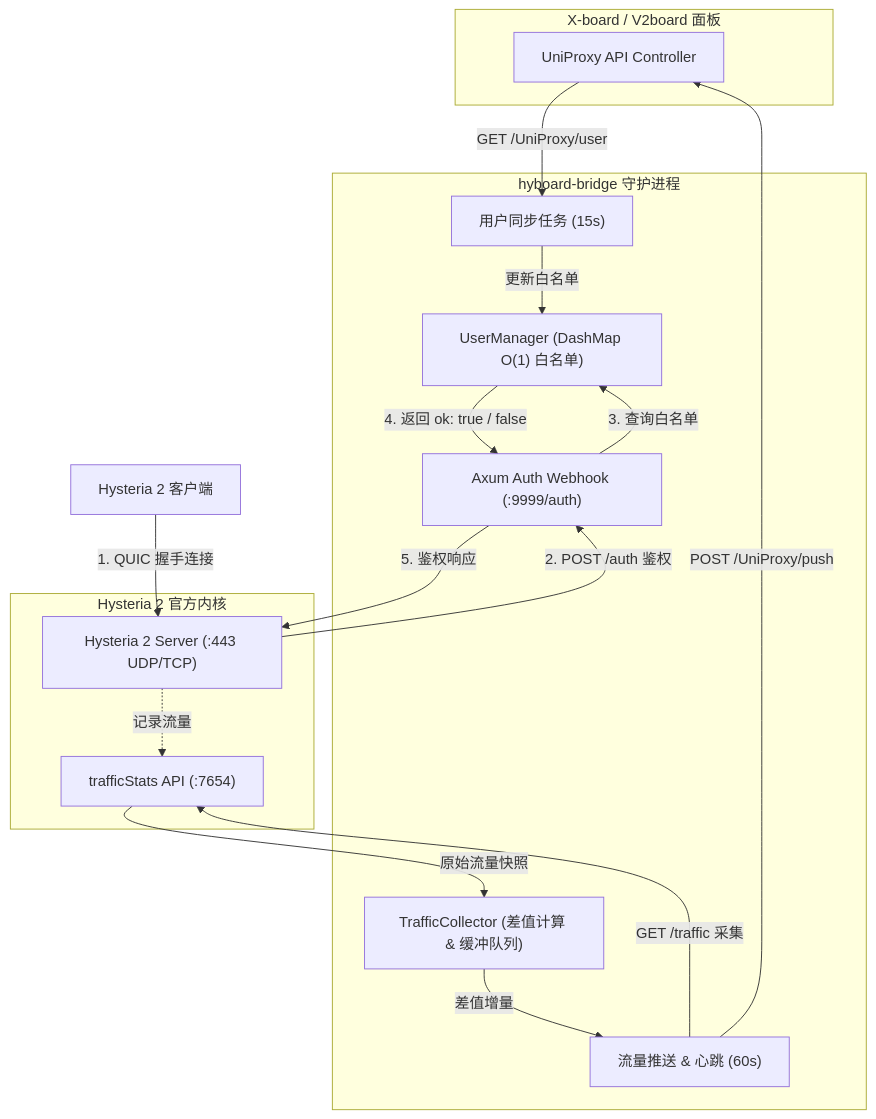
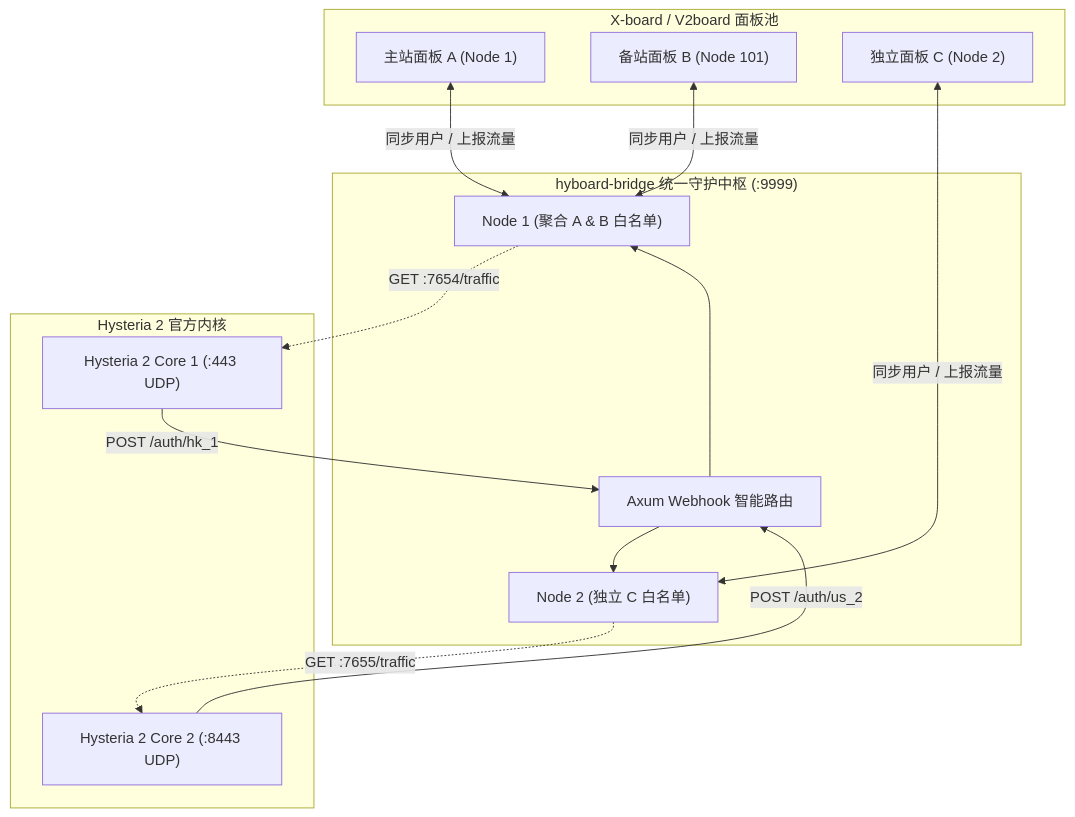
The diagram in README.md (aquamarine-z/hyboard-bridge), drawn with Mermaid before and after one commit. The commit also changed other lines of this file and 9 other files, not shown here.

Commit message:
feat: support multi-node and multi-panel architecture with dynamic routing

````diff
--- a/README.md
+++ b/README.md
@@ -39,34 +43,31 @@
 ```mermaid
 flowchart TD
-    subgraph Panel ["X-board / V2board 面板"]
-        API["UniProxy API Controller"]
+    subgraph Panels ["X-board / V2board 面板池"]
+        PanelA["主站面板 A (Node 1)"]
+        PanelB["备站面板 B (Node 101)"]
+        PanelC["独立面板 C (Node 2)"]
     end
 
-    subgraph Bridge ["hyboard-bridge 守护进程"]
-        SyncTask["用户同步任务 (15s)"]
-        PushTask["流量推送 & 心跳 (60s)"]
-        UserManager["UserManager (DashMap O(1) 白名单)"]
-        TrafficCollector["TrafficCollector (差值计算 & 缓冲队列)"]
-        AuthServer["Axum Auth Webhook (:9999/auth)"]
+    subgraph Bridge ["hyboard-bridge 统一守护中枢 (:9999)"]
+        Router["Axum Webhook 智能路由"]
+        Node1["Node 1 (聚合 A & B 白名单)"]
+        Node2["Node 2 (独立 C 白名单)"]
     end
 
-    subgraph Core ["Hysteria 2 官方内核"]
-        HyServer["Hysteria 2 Server (:443 UDP/TCP)"]
-        HyTraffic["trafficStats API (:7654)"]
+    subgraph Cores ["Hysteria 2 官方内核"]
+        Hy1["Hysteria 2 Core 1 (:443 UDP)"]
+        Hy2["Hysteria 2 Core 2 (:8443 UDP)"]
     end
 
-    Client["Hysteria 2 客户端"] -->|1. QUIC 握手连接| HyServer
-    HyServer -->|2. POST /auth 鉴权| AuthServer
-    AuthServer -->|3. 查询白名单| UserManager
-    UserManager -->|4. 返回 ok: true / false| AuthServer
-    AuthServer -->|5. 鉴权响应| HyServer
+    PanelA <-->|同步用户 / 上报流量| Node1
+    PanelB <-->|同步用户 / 上报流量| Node1
+    PanelC <-->|同步用户 / 上报流量| Node2
 
-    API -->|GET /UniProxy/user| SyncTask
-    SyncTask -->|更新白名单| UserManager
+    Hy1 -->|POST /auth/hk_1| Router
+    Router --> Node1
+    Hy2 -->|POST /auth/us_2| Router
+    Router --> Node2
 
-    HyServer -.->|记录流量| HyTraffic
-    PushTask -->|GET /traffic 采集| HyTraffic
-    HyTraffic -->|原始流量快照| TrafficCollector
-    TrafficCollector -->|差值增量| PushTask
-    PushTask -->|POST /UniProxy/push| API
+    Node1 -.->|GET :7654/traffic| Hy1
+    Node2 -.->|GET :7655/traffic| Hy2
 ```
````
